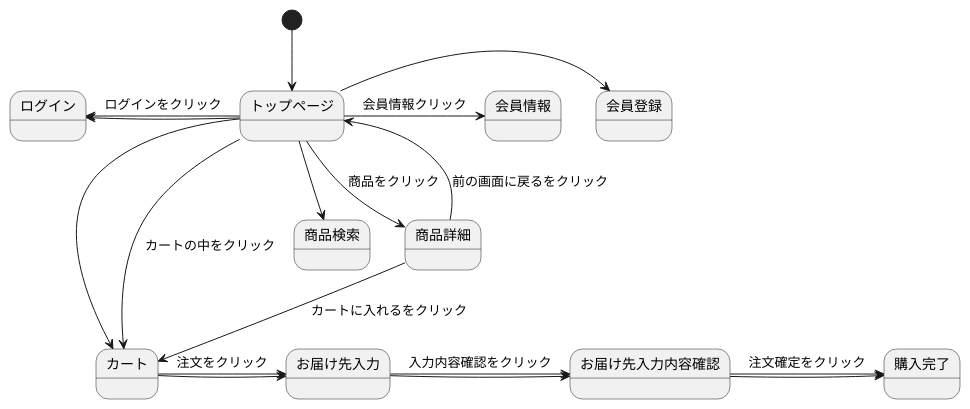
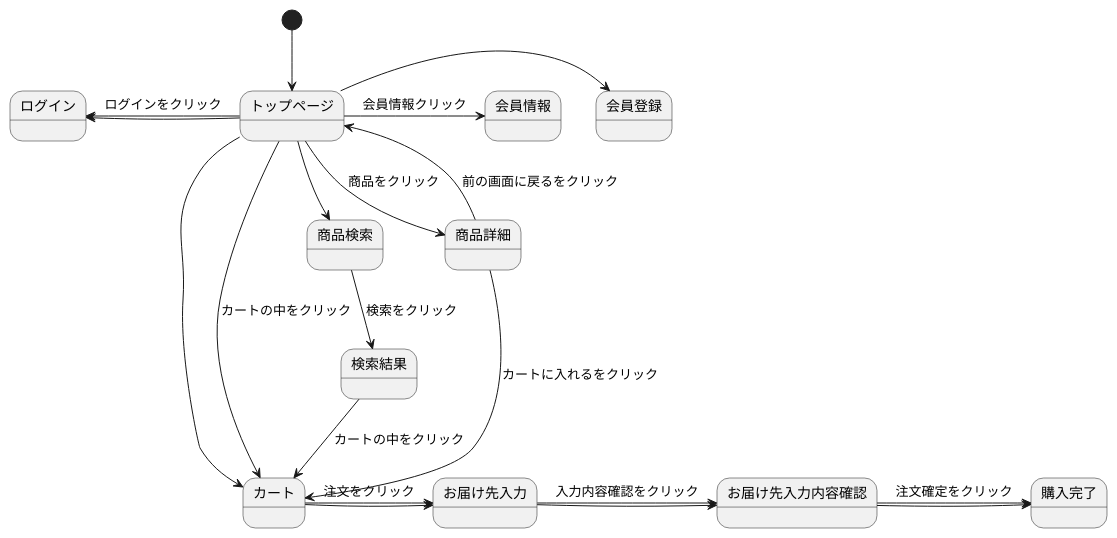
One commit to Aso2001163/2021sys-design changed the diagram in myhp.md. Above: the diagram before and after it, drawn with PlantUML.

````diff
--- a/myhp.md
+++ b/myhp.md
@@ -1,21 +1,23 @@
 ```uml
 @startuml
 [*] --> トップページ
 トップページ -> 会員登録
 トップページ -left-> ログイン
 トップページ --> カート
 トップページ -->商品検索
+商品検索-->検索結果 :検索をクリック
+検索結果-->カート :カートの中をクリック
 カート -> お届け先入力
 お届け先入力 -> お届け先入力内容確認
 お届け先入力内容確認 -> 購入完了
 トップページ -> 会員情報 : 会員情報クリック
 トップページ -left-> ログイン : ログインをクリック
 トップページ --> 商品詳細 : 商品をクリック
 トップページ --> カート : カートの中をクリック
 商品詳細 --> カート : カートに入れるをクリック
 商品詳細 --> トップページ : 前の画面に戻るをクリック
 カート -> お届け先入力 : 注文をクリック
 お届け先入力 -> お届け先入力内容確認 : 入力内容確認をクリック
 お届け先入力内容確認 -> 購入完了 : 注文確定をクリック
 @enduml
 ```
````
